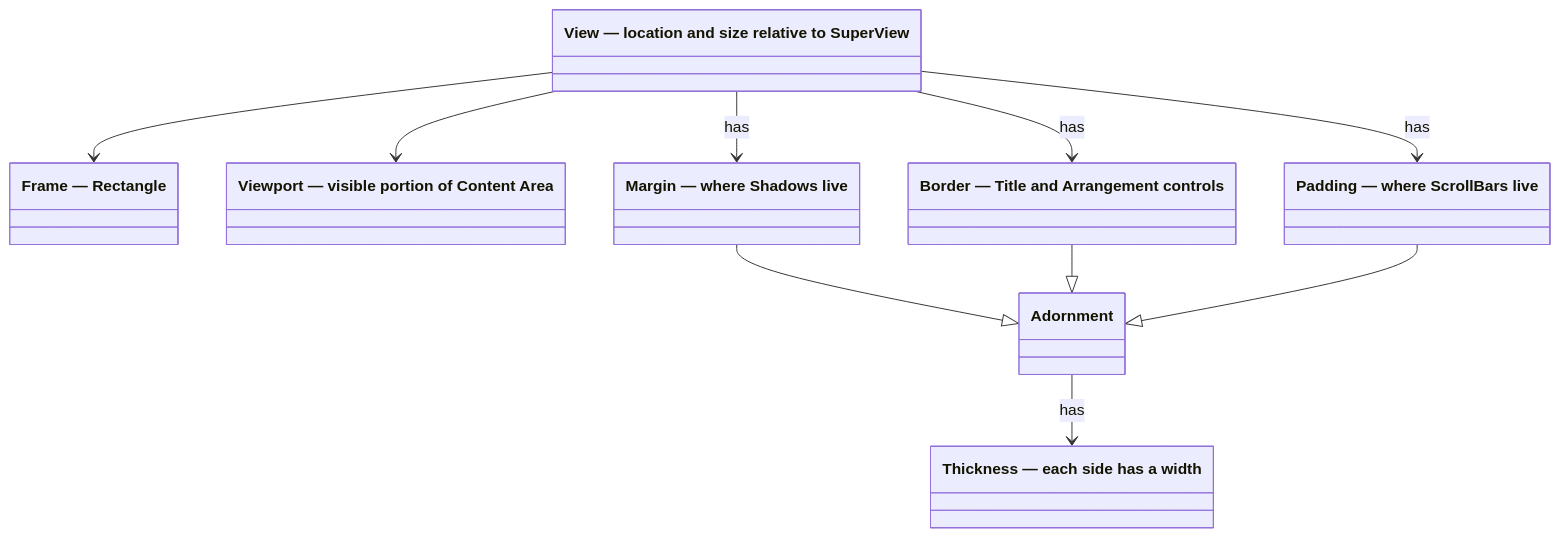
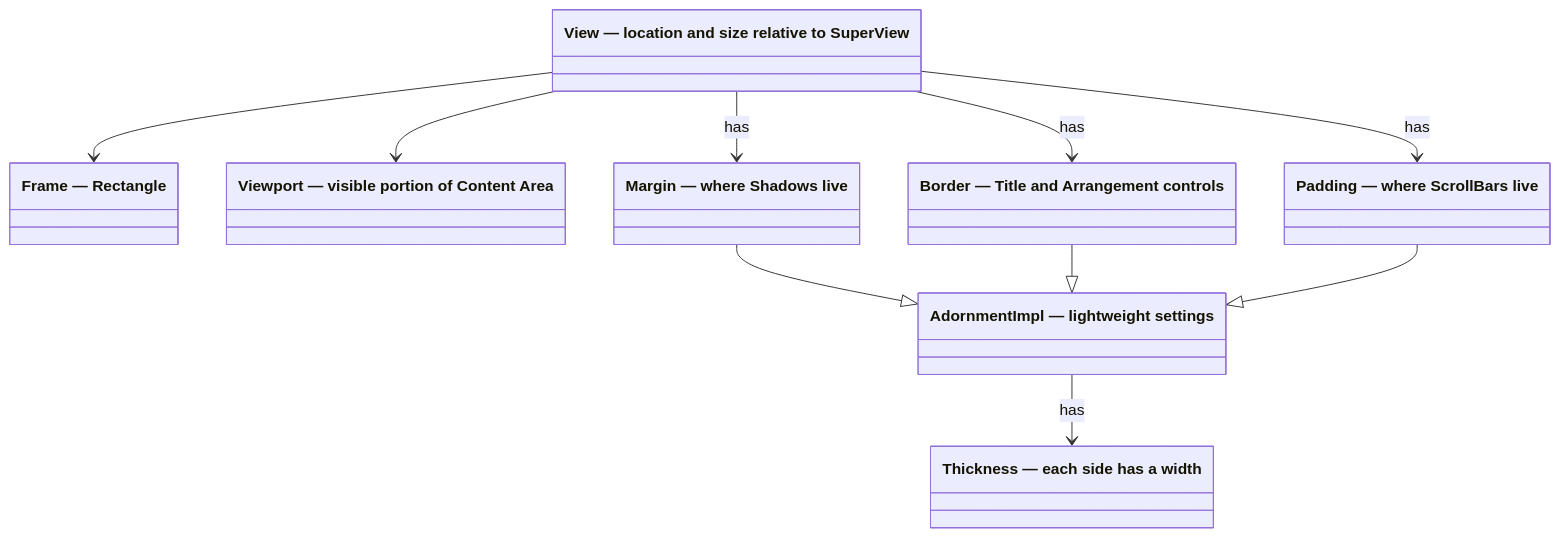
Before and after one commit to gui-cs/Terminal.Gui: the diagram in docfx/docs/layout.md, drawn with Mermaid. The commit also changed 12 other files, not shown here.

````diff
--- a/docfx/docs/layout.md
+++ b/docfx/docs/layout.md
@@ -169,21 +169,21 @@
 ```mermaid
 classDiagram
     class View ["View — location and size relative to SuperView"]
     class Frame ["Frame — Rectangle"]
     class Viewport ["Viewport — visible portion of Content Area"]
     class Margin ["Margin — where Shadows live"]
     class Border ["Border — Title and Arrangement controls"]
     class Padding ["Padding — where ScrollBars live"]
-    class Adornment
+    class AdornmentImpl ["AdornmentImpl — lightweight settings"]
     class Thickness ["Thickness — each side has a width"]
 
     View --> Frame
     View --> Viewport
     View --> Margin : has
     View --> Border : has
     View --> Padding : has
-    Margin --|> Adornment
-    Border --|> Adornment
-    Padding --|> Adornment
-    Adornment --> Thickness : has
+    Margin --|> AdornmentImpl
+    Border --|> AdornmentImpl
+    Padding --|> AdornmentImpl
+    AdornmentImpl --> Thickness : has
 ```
````
